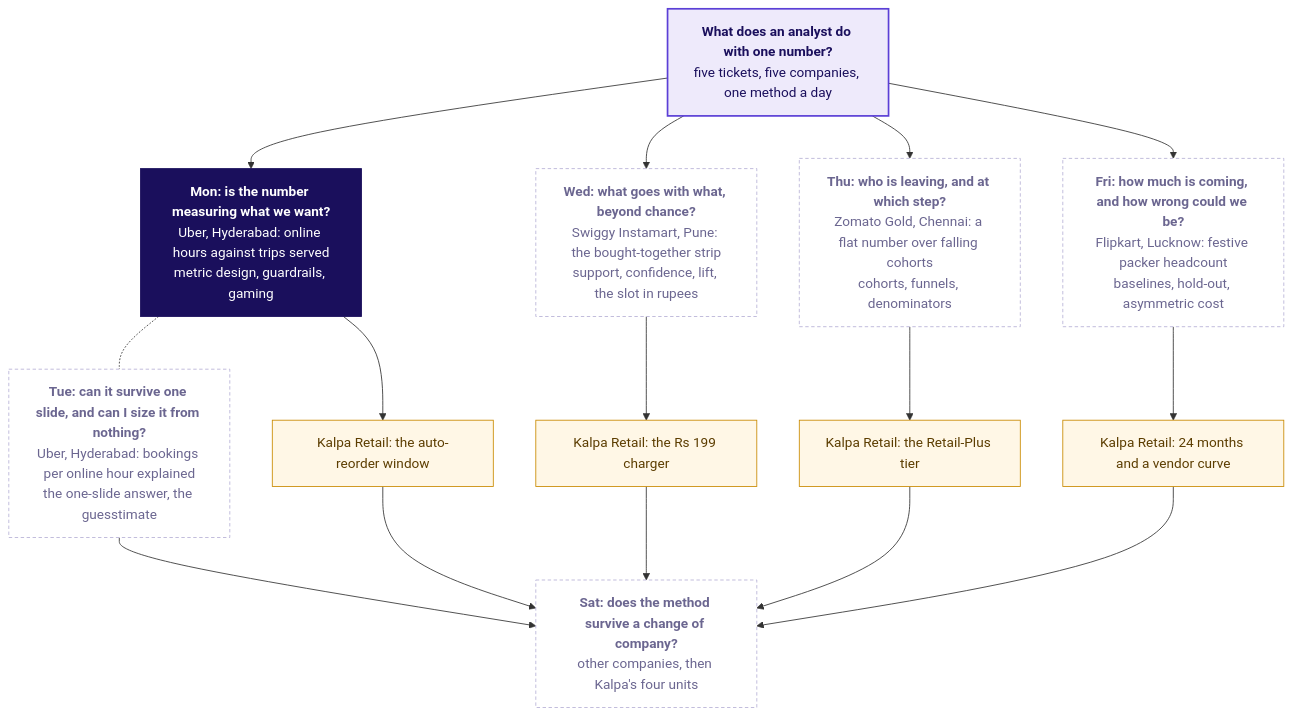
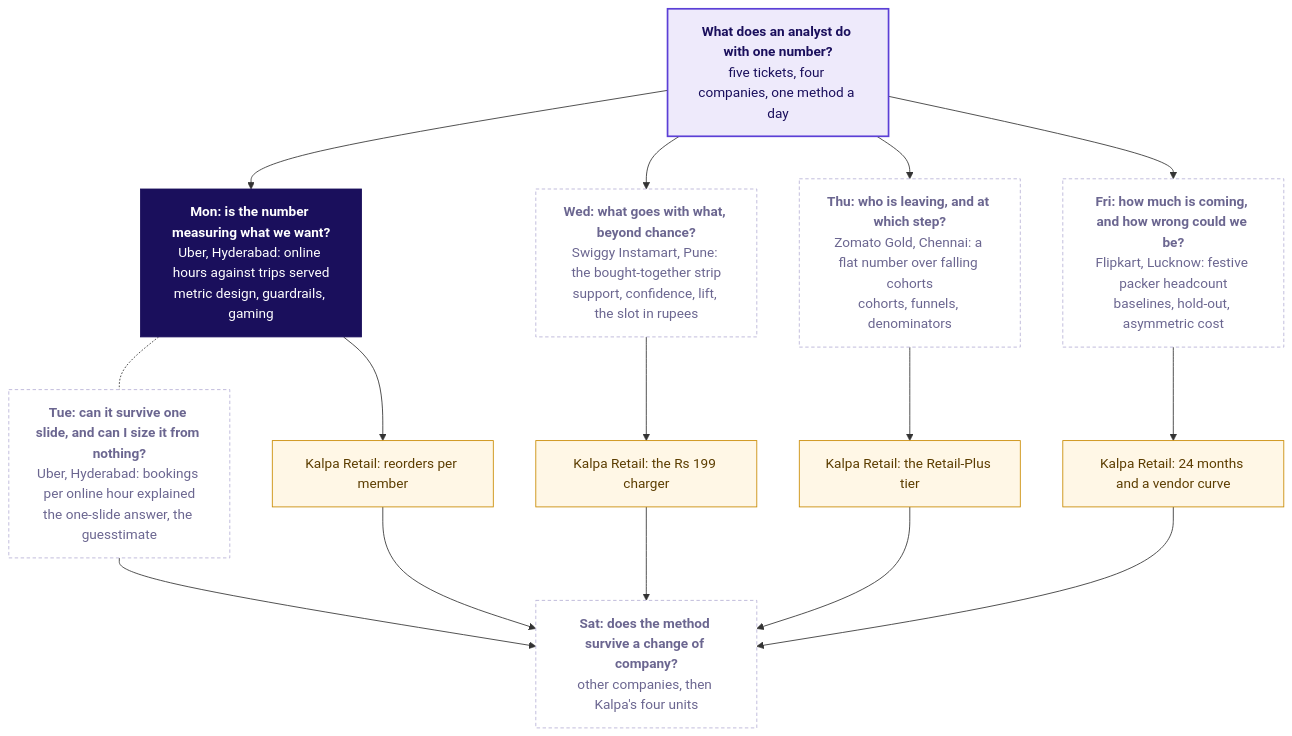
Before and after one commit to fde-academy-lab/c2-content-factory: the diagram in docs/detailing/W04_analyst_craft_spine.md, drawn with Mermaid. The commit also changed other lines of this file and 1 other file, not shown here.

````diff
--- a/docs/detailing/W04_analyst_craft_spine.md
+++ b/docs/detailing/W04_analyst_craft_spine.md
@@ -61,36 +61,36 @@
 ```mermaid
 flowchart TD
-    C["<b>What does an analyst do with one number?</b><br/>five tickets, five companies, one method a day"]
+    C["<b>What does an analyst do with one number?</b><br/>five tickets, four companies, one method a day"]
     M["<b>Mon: is the number measuring what we want?</b><br/>Uber, Hyderabad: online hours against trips served<br/>metric design, guardrails, gaming"]
     T["<b>Tue: can it survive one slide, and can I size it from nothing?</b><br/>Uber, Hyderabad: bookings per online hour explained<br/>the one-slide answer, the guesstimate"]
     W["<b>Wed: what goes with what, beyond chance?</b><br/>Swiggy Instamart, Pune: the bought-together strip<br/>support, confidence, lift, the slot in rupees"]
     H["<b>Thu: who is leaving, and at which step?</b><br/>Zomato Gold, Chennai: a flat number over falling cohorts<br/>cohorts, funnels, denominators"]
     F["<b>Fri: how much is coming, and how wrong could we be?</b><br/>Flipkart, Lucknow: festive packer headcount<br/>baselines, hold-out, asymmetric cost"]
     S["<b>Sat: does the method survive a change of company?</b><br/>other companies, then Kalpa's four units"]
-    K1["Kalpa Retail: the auto-reorder window"]
+    K1["Kalpa Retail: reorders per member"]
     K3["Kalpa Retail: the Rs 199 charger"]
     K4["Kalpa Retail: the Retail-Plus tier"]
     K5["Kalpa Retail: 24 months and a vendor curve"]
     C --> M
     C --> W
     C --> H
     C --> F
     M -.- T
     M --> K1
     W --> K3
     H --> K4
     F --> K5
     T --> S
     K1 --> S
     K3 --> S
     K4 --> S
     K5 --> S
     classDef lit fill:#1A0F5C,stroke:#1A0F5C,color:#FFFFFF
     classDef known fill:#EEEAFB,stroke:#5B3FD6,color:#1A0F5C,stroke-width:2px
     classDef unknown fill:#FFFFFF,stroke:#B8B2D6,color:#6B6690,stroke-dasharray:4 3
     classDef kalpa fill:#FFF7E6,stroke:#C98A00,color:#5C3D00
     class C known
     class M lit
     class T,W,H,F,S unknown
     class K1,K3,K4,K5 kalpa
 ```
````
